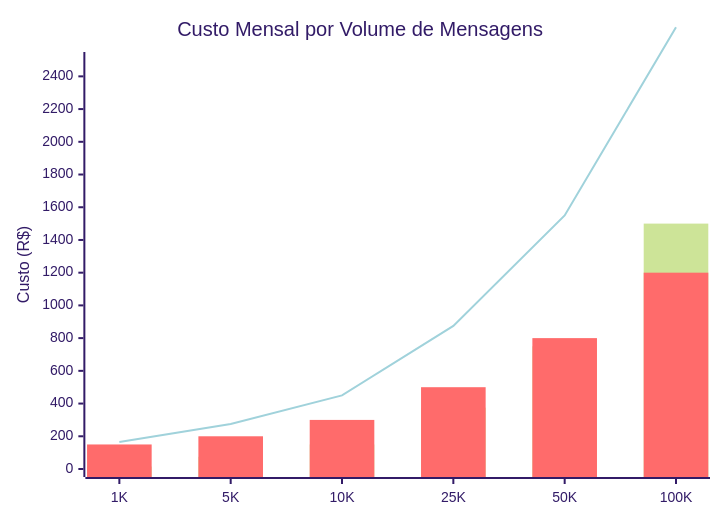
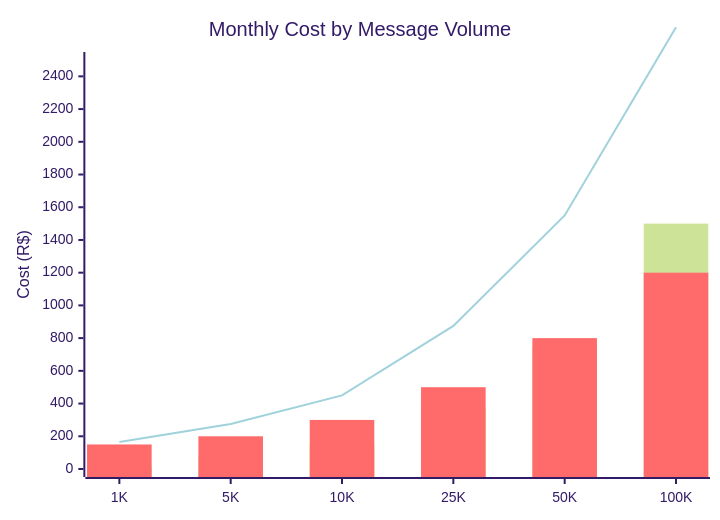
Before and after one commit to RenanLisboa8/n8n-clinic-multiagent: diagram 14 of 18 in docs/ARCHITECTURE.md, drawn with Mermaid (forest theme). The commit also changed other lines of this file and 4 other files, not shown here.

First line of the commit message:
Update documentation and diagrams for improved clarity and accessibility

````diff
--- a/docs/ARCHITECTURE.md
+++ b/docs/ARCHITECTURE.md
@@ -668,9 +683,9 @@
 ```mermaid
 xychart-beta
-    title "Custo Mensal por Volume de Mensagens"
+    title "Monthly Cost by Message Volume"
     x-axis ["1K", "5K", "10K", "25K", "50K", "100K"]
-    y-axis "Custo (R$)" 0 --> 2500
-    bar "Custo IA" [15, 75, 150, 375, 750, 1500]
-    bar "Infra Base" [150, 200, 300, 500, 800, 1200]
+    y-axis "Cost (R$)" 0 --> 2500
+    bar "AI Cost" [15, 75, 150, 375, 750, 1500]
+    bar "Base Infra" [150, 200, 300, 500, 800, 1200]
     line "Total" [165, 275, 450, 875, 1550, 2700]
 ```
````
